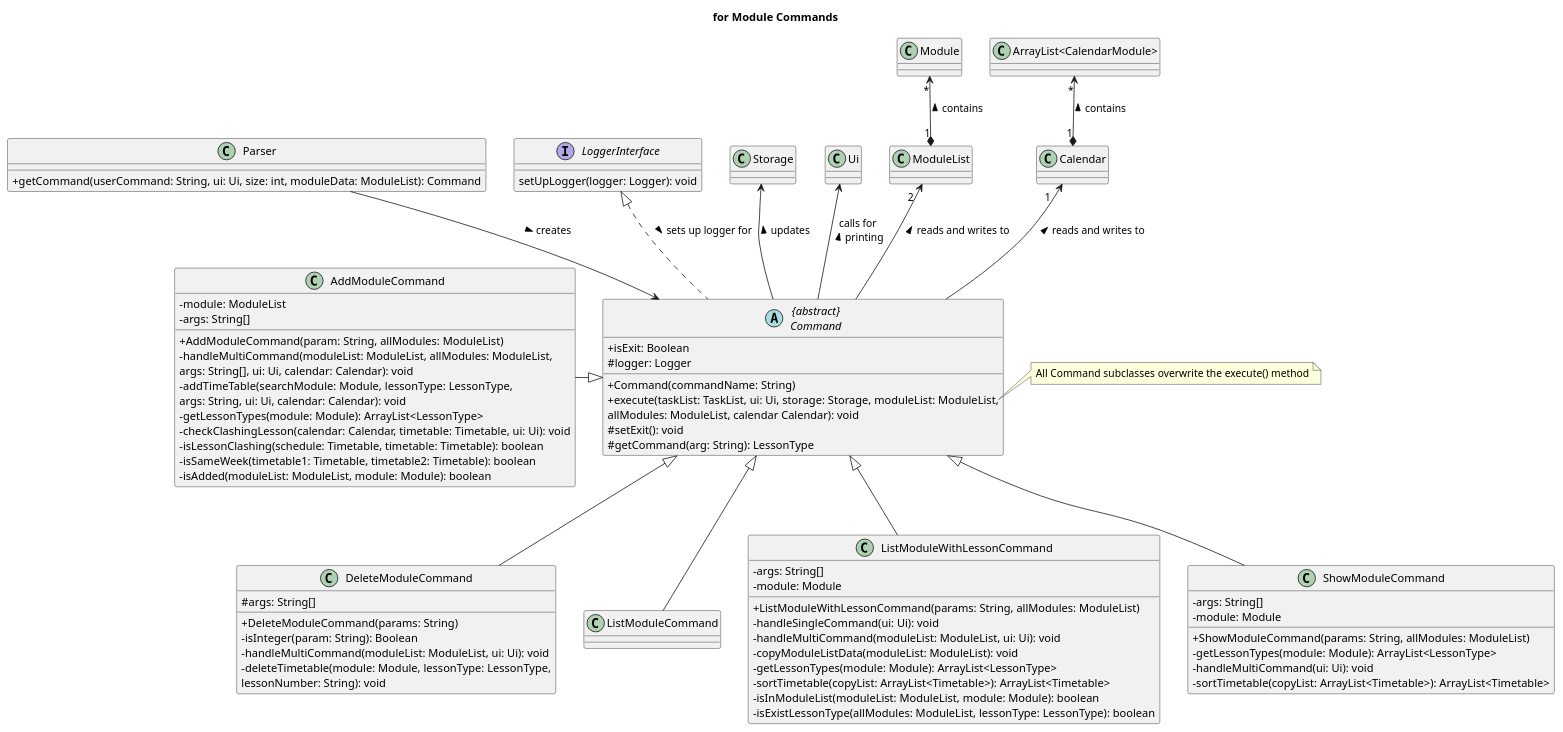
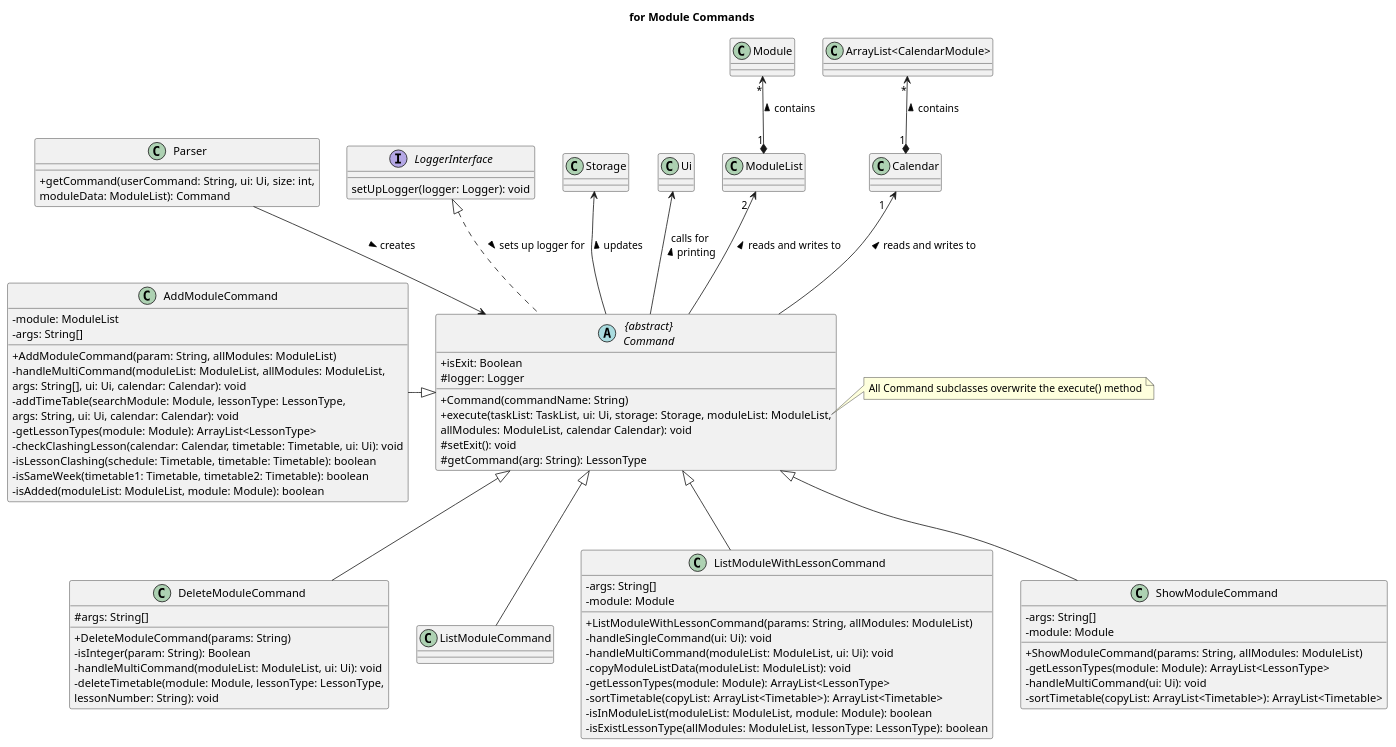
The diagram in docs/uml-source/class/Command2.puml (nus-cs2113-AY2223S2/tp), drawn with PlantUML before and after one commit. The commit also changed 4 other files, not shown here.

Commit message:
Fix diagrams

```diff
--- a/docs/uml-source/class/Command2.puml
+++ b/docs/uml-source/class/Command2.puml
@@ -1,90 +1,91 @@
 @startuml
 'https://plantuml.com/class-diagram
 skinparam classAttributeIconSize 0
 
 title for Module Commands
 
 class Parser {
-+ getCommand(userCommand: String, ui: Ui, size: int, moduleData: ModuleList): Command
++ getCommand(userCommand: String, ui: Ui, size: int,
+moduleData: ModuleList): Command
 }
 Parser --> Command : creates >
 
 abstract class "{abstract}\nCommand" as Command {
 + isExit: Boolean
 # logger: Logger
 + Command(commandName: String)
 + execute(taskList: TaskList, ui: Ui, storage: Storage, moduleList: ModuleList,
 allModules: ModuleList, calendar Calendar): void
 # setExit(): void
 # getCommand(arg: String): LessonType
 }
 
 interface LoggerInterface {
 setUpLogger(logger: Logger): void
 }
 
 note right of Command::execute
     All Command subclasses overwrite the execute() method
 end note
 LoggerInterface <|.. Command : sets up logger for >
 
 class AddModuleCommand {
 - module: ModuleList
 - args: String[]
 + AddModuleCommand(param: String, allModules: ModuleList)
 - handleMultiCommand(moduleList: ModuleList, allModules: ModuleList,
 args: String[], ui: Ui, calendar: Calendar): void
 - addTimeTable(searchModule: Module, lessonType: LessonType,
 args: String, ui: Ui, calendar: Calendar): void
 - getLessonTypes(module: Module): ArrayList<LessonType>
 - checkClashingLesson(calendar: Calendar, timetable: Timetable, ui: Ui): void
 - isLessonClashing(schedule: Timetable, timetable: Timetable): boolean
 - isSameWeek(timetable1: Timetable, timetable2: Timetable): boolean
 - isAdded(moduleList: ModuleList, module: Module): boolean
 }
 AddModuleCommand -|> Command
 
 class DeleteModuleCommand{
 # args: String[]
 + DeleteModuleCommand(params: String)
 - isInteger(param: String): Boolean
 - handleMultiCommand(moduleList: ModuleList, ui: Ui): void
 - deleteTimetable(module: Module, lessonType: LessonType,
 lessonNumber: String): void
 }
 Command <|-- DeleteModuleCommand
 
 class ListModuleCommand
 Command <|-- ListModuleCommand
 
 class ListModuleWithLessonCommand {
 - args: String[]
 - module: Module
 + ListModuleWithLessonCommand(params: String, allModules: ModuleList)
 - handleSingleCommand(ui: Ui): void
 - handleMultiCommand(moduleList: ModuleList, ui: Ui): void
 - copyModuleListData(moduleList: ModuleList): void
 - getLessonTypes(module: Module): ArrayList<LessonType>
 - sortTimetable(copyList: ArrayList<Timetable>): ArrayList<Timetable>
 - isInModuleList(moduleList: ModuleList, module: Module): boolean
 - isExistLessonType(allModules: ModuleList, lessonType: LessonType): boolean
 }
 Command <|-- ListModuleWithLessonCommand
 
 class ShowModuleCommand {
 - args: String[]
 - module: Module
 + ShowModuleCommand(params: String, allModules: ModuleList)
 - getLessonTypes(module: Module): ArrayList<LessonType>
 - handleMultiCommand(ui: Ui): void
 - sortTimetable(copyList: ArrayList<Timetable>): ArrayList<Timetable>
 }
 Command <|-- ShowModuleCommand
 Storage <-- Command : updates <
 Ui <-- Command : calls for \nprinting <
 ModuleList "2  " <-- Command : reads and writes to <
 Module "*" <--* "1" ModuleList : contains <
 Calendar "1   " <-- Command : reads and writes to <
 "ArrayList<CalendarModule>" "*" <--* "1" Calendar : contains <
 
 @enduml
```
